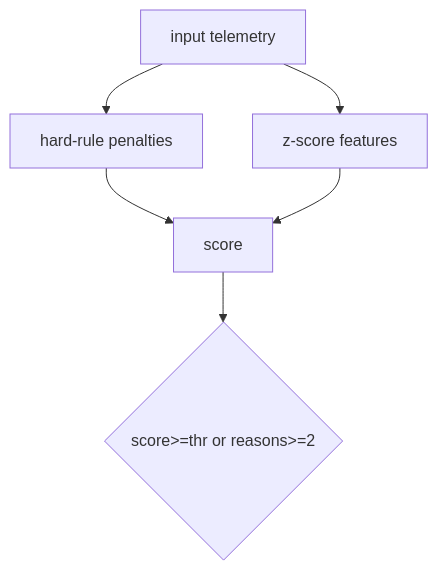
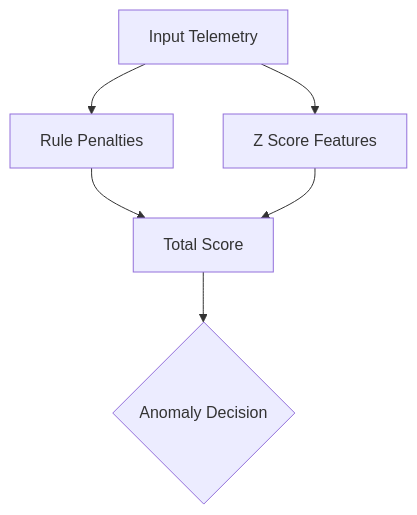
One commit to smshagor-dev/Next-Gen-Blockchain-for-Vehicle-Security changed diagram 13 of 33 in readme.md. Above: the diagram before and after it, drawn with Mermaid. The commit also changed other lines of this file and 5 other files, not shown here.

````diff
--- a/readme.md
+++ b/readme.md
@@ -552,8 +555,8 @@
 ```mermaid
 flowchart TD
-    A[input telemetry] --> B[hard-rule penalties]
-    A --> C[z-score features]
-    B --> D[score]
+    A[Input Telemetry] --> B[Rule Penalties]
+    A --> C[Z Score Features]
+    B --> D[Total Score]
     C --> D
-    D --> E{score>=thr or reasons>=2}
+    D --> E{Anomaly Decision}
 ```
````
